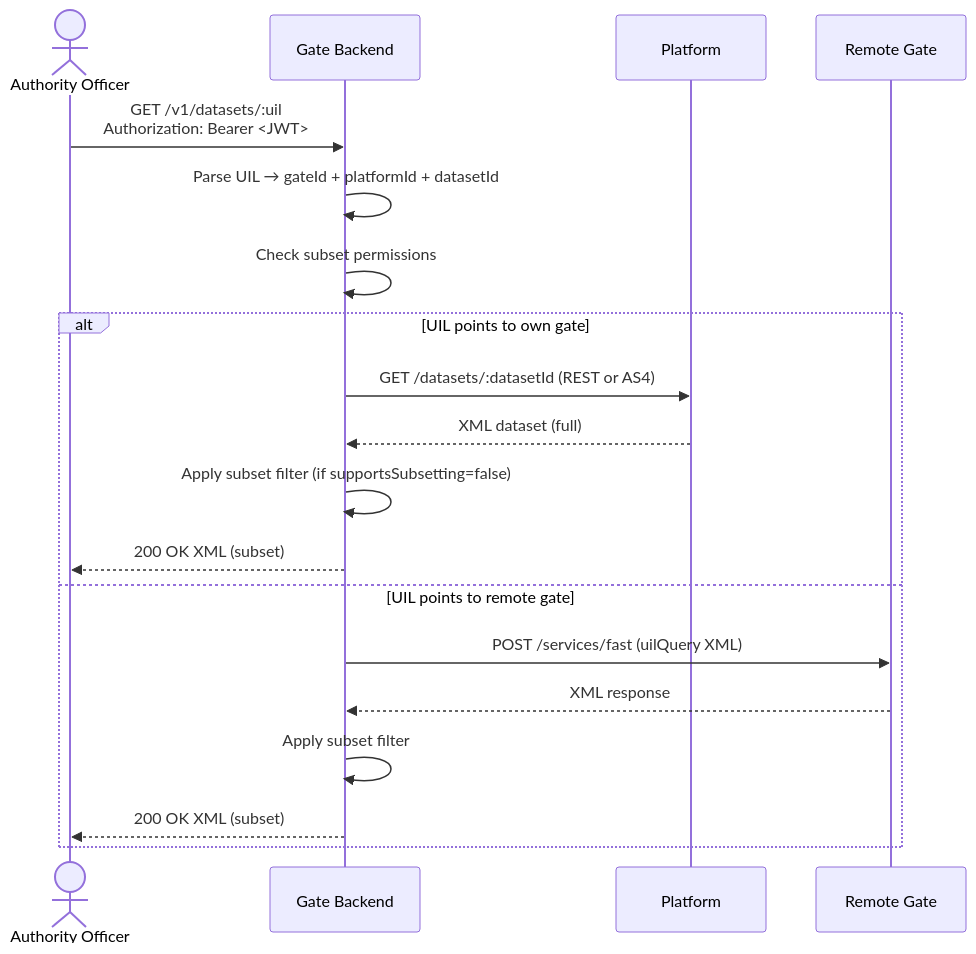
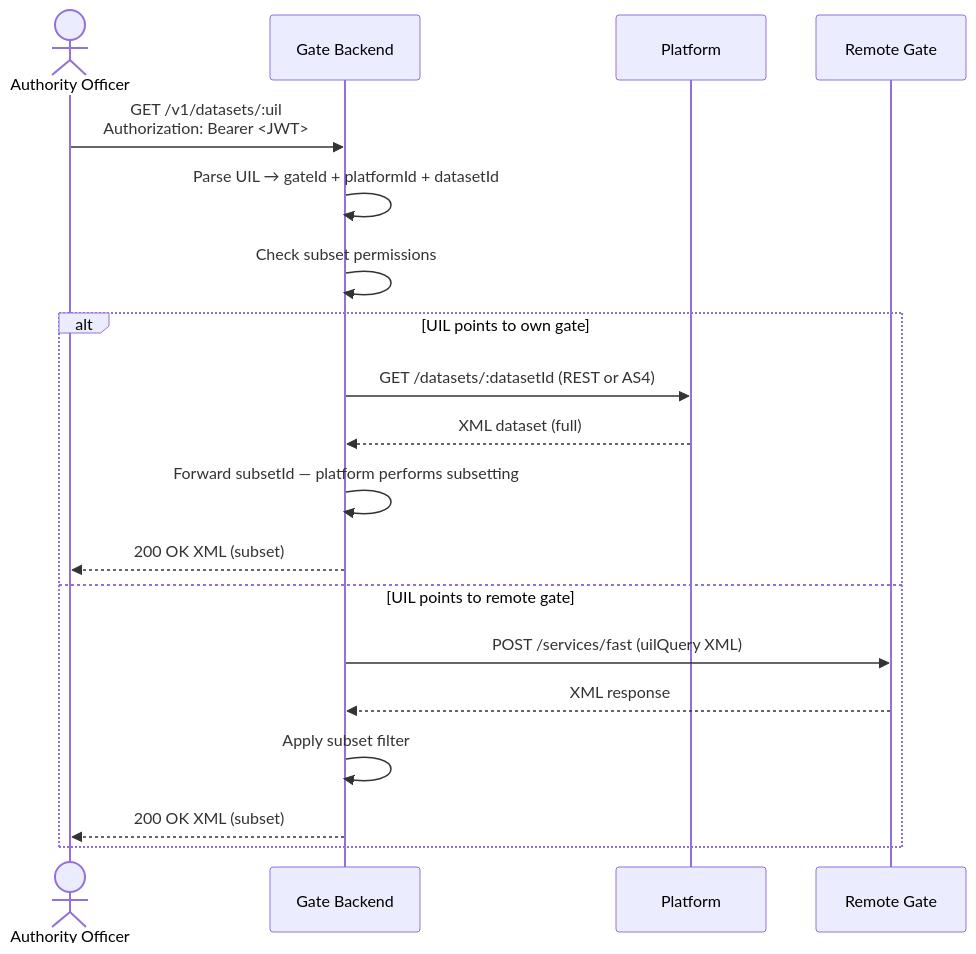
Before and after one commit to kemit-ee/efti-gate-ee: the fourth of 5 diagrams in docs/architecture/core-functionality/search_and_retrieval_flows.md, drawn with Mermaid. The commit also changed 26 other files, not shown here.

First line of the commit message:
refactor: remove supports_subsetting from platforms (ADR-003) + fix ADR-002 date

````diff
--- a/docs/architecture/core-functionality/search_and_retrieval_flows.md
+++ b/docs/architecture/core-functionality/search_and_retrieval_flows.md
@@ -73,23 +73,23 @@
 ```mermaid
 sequenceDiagram
     actor Officer as Authority Officer
     participant Gate as Gate Backend
     participant Platform
     participant RemoteGate as Remote Gate
 
     Officer->>Gate: GET /v1/datasets/:uil<br/>Authorization: Bearer <JWT>
     Gate->>Gate: Parse UIL → gateId + platformId + datasetId
     Gate->>Gate: Check subset permissions
 
     alt UIL points to own gate
         Gate->>Platform: GET /datasets/:datasetId (REST or AS4)
         Platform-->>Gate: XML dataset (full)
-        Gate->>Gate: Apply subset filter (if supportsSubsetting=false)
+        Gate->>Gate: Forward subsetId — platform performs subsetting
         Gate-->>Officer: 200 OK XML (subset)
     else UIL points to remote gate
         Gate->>RemoteGate: POST /services/fast (uilQuery XML)
         RemoteGate-->>Gate: XML response
         Gate->>Gate: Apply subset filter
         Gate-->>Officer: 200 OK XML (subset)
     end
 ```
````
